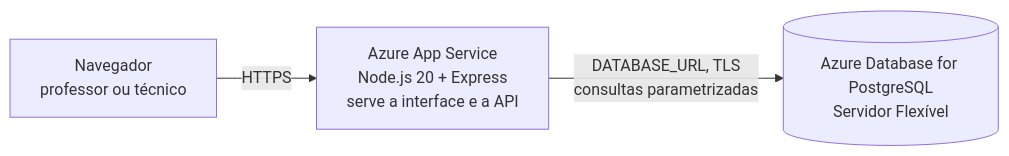
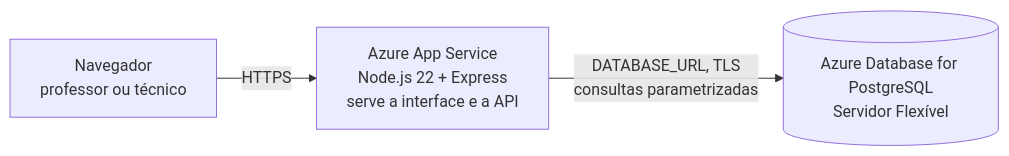
The first of 4 diagrams in README.md (ArlaneLima/Help-Desk-dos-Laborat-rios), drawn with Mermaid before and after one commit. The commit also changed other lines of this file and 1 other file, not shown here.

````diff
--- a/README.md
+++ b/README.md
@@ -36,5 +37,5 @@
 ```mermaid
 flowchart LR
-    U["Navegador<br/>professor ou técnico"] -->|HTTPS| A["Azure App Service<br/>Node.js 20 + Express<br/>serve a interface e a API"]
+    U["Navegador<br/>professor ou técnico"] -->|HTTPS| A["Azure App Service<br/>Node.js 22 + Express<br/>serve a interface e a API"]
     A -->|"DATABASE_URL, TLS<br/>consultas parametrizadas"| B[("Azure Database for PostgreSQL<br/>Servidor Flexível")]
 ```
````
